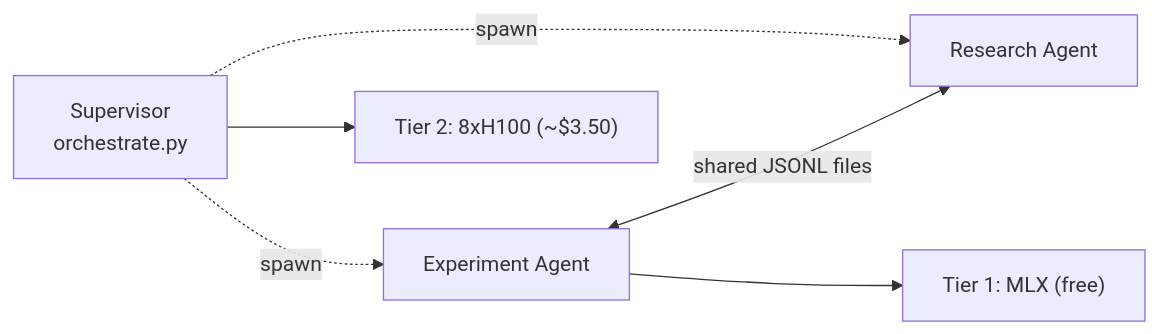
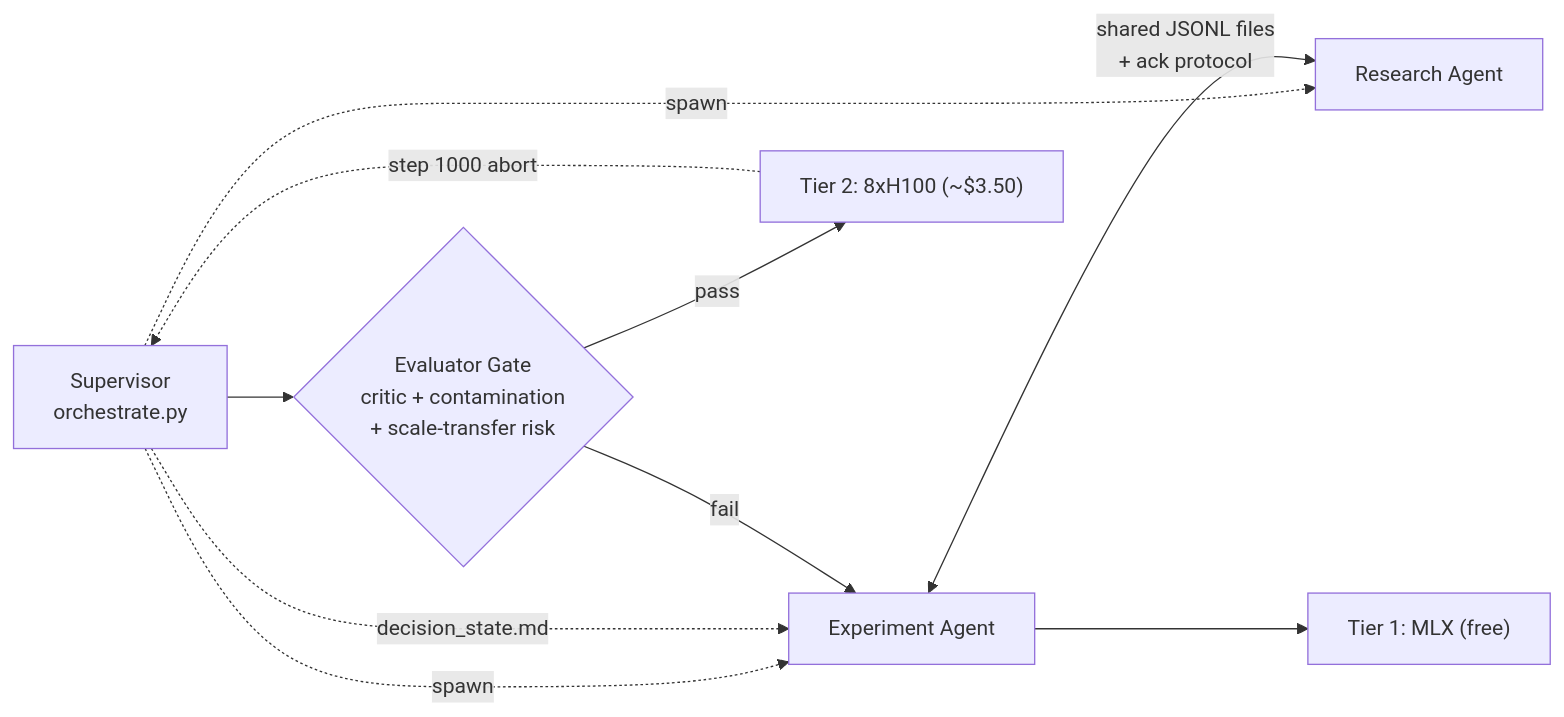
One commit to robinojw/parameter-golf-autoresearch changed the first of 3 diagrams in README.md. Above: the diagram before and after it, drawn with Mermaid. The commit also changed other lines of this file and 85 other files, not shown here.

First line of the commit message:
System improvements - mandatory evaluator gate, early-abort, research dedup, decision-state handoff (#1)

````diff
--- a/README.md
+++ b/README.md
@@ -22,8 +24,12 @@
 ```mermaid
 graph LR
     ORC["Supervisor\norchestrate.py"] -. spawn .-> EXP["Experiment Agent"]
     ORC -. spawn .-> RES["Research Agent"]
-    EXP <-- "shared JSONL files" --> RES
+    ORC -. "decision_state.md" .-> EXP
+    EXP <-- "shared JSONL files\n+ ack protocol" --> RES
     EXP --> MLX["Tier 1: MLX (free)"]
-    ORC --> POD["Tier 2: 8xH100 (~$3.50)"]
+    ORC --> GATE{"Evaluator Gate\ncritic + contamination\n+ scale-transfer risk"}
+    GATE -- pass --> POD["Tier 2: 8xH100 (~$3.50)"]
+    GATE -- fail --> EXP
+    POD -. "step 1000 abort" .-> ORC
 ```
````
